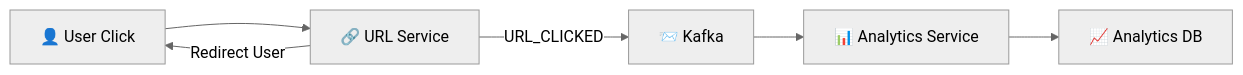
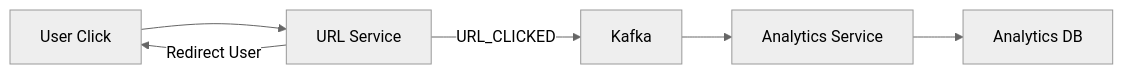
One commit to ShashwatGohel/SystemDesign changed the fourth of 4 diagrams in Real_System_Design_Questions/URL_Shortner/diagram.md. Above: the diagram before and after it, drawn with Mermaid (neutral theme). The commit also changed other lines of this file, not shown here.

````diff
--- a/Real_System_Design_Questions/URL_Shortner/diagram.md
+++ b/Real_System_Design_Questions/URL_Shortner/diagram.md
@@ -113,23 +113,23 @@
 ```mermaid
 flowchart LR
 
-    U["👤 User Click"]
+    U[" User Click"]
 
-    S["🔗 URL Service"]
+    S[" URL Service"]
 
-    K["📨 Kafka"]
+    K[" Kafka"]
 
-    A["📊 Analytics Service"]
+    A[" Analytics Service"]
 
-    DB["📈 Analytics DB"]
+    DB[" Analytics DB"]
 
     U --> S
 
     S -->|"Redirect User"| U
 
     S -->|"URL_CLICKED"| K
 
     K --> A
 
     A --> DB
 ```
````
